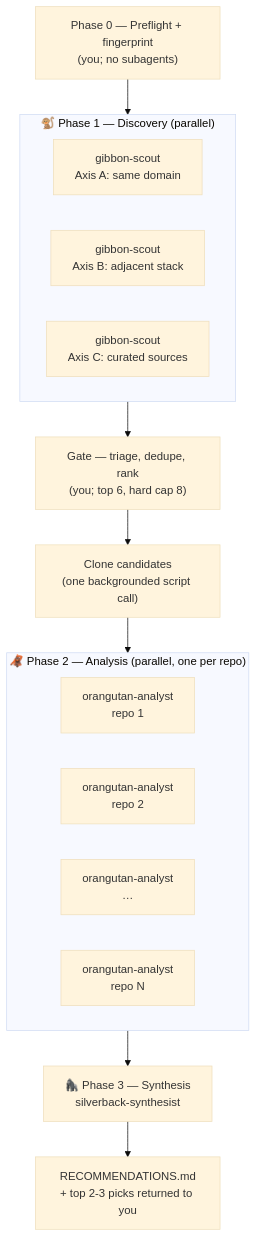
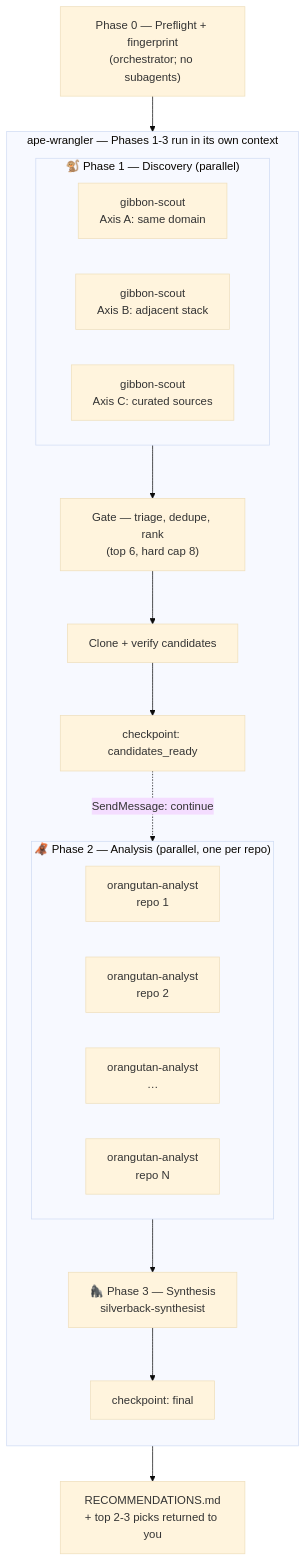
One commit to seankoji/claude-plugins changed the diagram in plugins/ape/README.md. Above: the diagram before and after it, drawn with Mermaid (base theme). The commit also changed other lines of this file and 1 other file, not shown here.

Commit message:
fix(ape): stop orangutan-analyst tripping the cd-compound approval guardrail
Its read-budget instructions never told it to prefer the Grep/Glob tools
it's already granted over Bash grep/find, or that cd <repo> && <cmd>
specifically triggers manual approval (path-traversal guardrail) where
<cmd> <repo-path> as a single command does not — so it defaulted to
compound cd-and-pipe one-liners that prompted on nearly every repo dive.

````diff
--- a/plugins/ape/README.md
+++ b/plugins/ape/README.md
@@ -7,26 +7,33 @@
 ```mermaid
 flowchart TD
-    A["Phase 0 — Preflight + fingerprint<br/>(you; no subagents)"] --> B
+    A["Phase 0 — Preflight + fingerprint<br/>(orchestrator; no subagents)"] --> W
 
-    subgraph B["🐒 Phase 1 — Discovery (parallel)"]
-        direction LR
-        B1["gibbon-scout<br/>Axis A: same domain"]
-        B2["gibbon-scout<br/>Axis B: adjacent stack"]
-        B3["gibbon-scout<br/>Axis C: curated sources"]
+    subgraph W["ape-wrangler — Phases 1-3 run in its own context"]
+        direction TD
+
+        subgraph P1["🐒 Phase 1 — Discovery (parallel)"]
+            direction LR
+            B1["gibbon-scout<br/>Axis A: same domain"]
+            B2["gibbon-scout<br/>Axis B: adjacent stack"]
+            B3["gibbon-scout<br/>Axis C: curated sources"]
+        end
+
+        P1 --> C["Gate — triage, dedupe, rank<br/>(top 6, hard cap 8)"]
+        C --> D["Clone + verify candidates"]
+        D --> CK1["checkpoint: candidates_ready"]
+
+        subgraph P2["🦧 Phase 2 — Analysis (parallel, one per repo)"]
+            direction LR
+            E1["orangutan-analyst<br/>repo 1"]
+            E2["orangutan-analyst<br/>repo 2"]
+            E3["orangutan-analyst<br/>…"]
+            E4["orangutan-analyst<br/>repo N"]
+        end
+
+        P2 --> F["🦍 Phase 3 — Synthesis<br/>silverback-synthesist"]
+        F --> CK2["checkpoint: final"]
     end
 
-    B --> C["Gate — triage, dedupe, rank<br/>(you; top 6, hard cap 8)"]
-    C --> D["Clone candidates<br/>(one backgrounded script call)"]
-    D --> E
-
-    subgraph E["🦧 Phase 2 — Analysis (parallel, one per repo)"]
-        direction LR
-        E1["orangutan-analyst<br/>repo 1"]
-        E2["orangutan-analyst<br/>repo 2"]
-        E3["orangutan-analyst<br/>…"]
-        E4["orangutan-analyst<br/>repo N"]
-    end
-
-    E --> F["🦍 Phase 3 — Synthesis<br/>silverback-synthesist"]
-    F --> G["RECOMMENDATIONS.md<br/>+ top 2-3 picks returned to you"]
+    CK1 -. "SendMessage: continue" .-> P2
+    CK2 --> G["RECOMMENDATIONS.md<br/>+ top 2-3 picks returned to you"]
 ```
````
